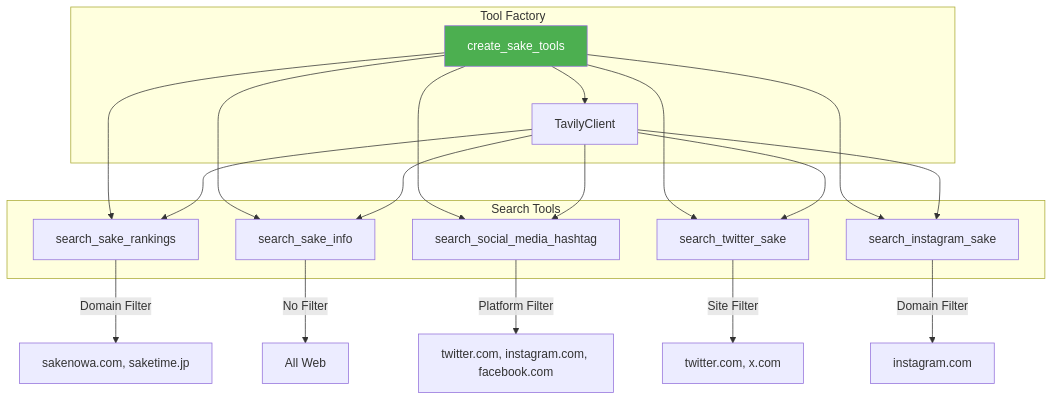
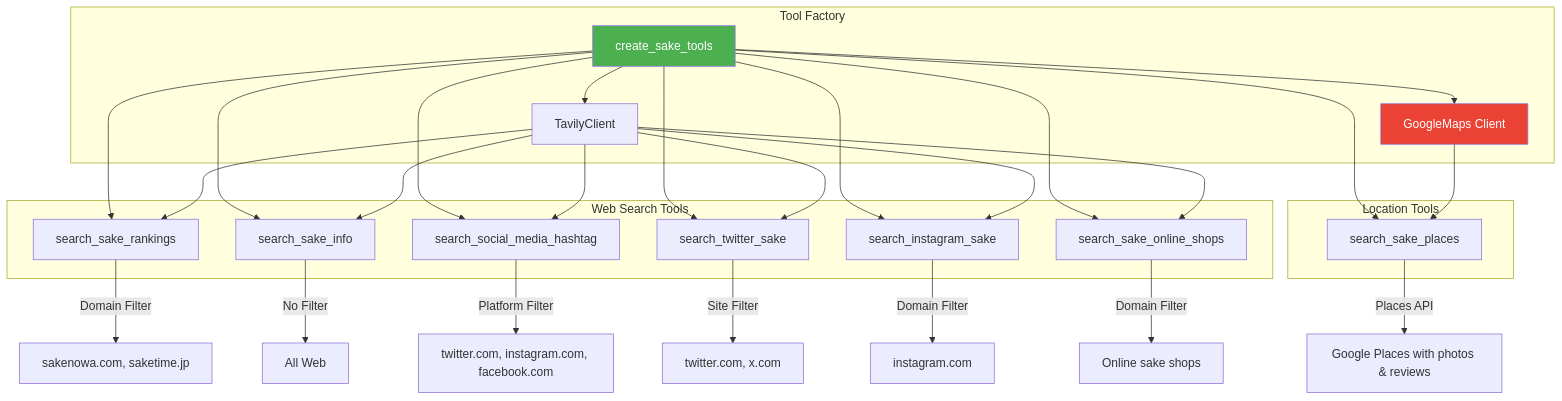
One commit to riko-py-mk/japan_sake_guide_app changed the fourth of 13 diagrams in SYSTEM_DIAGRAM.md. Above: the diagram before and after it, drawn with Mermaid. The commit also changed other lines of this file and 1 other file, not shown here.

First line of the commit message:
Update README and system architecture documentation

````diff
--- a/SYSTEM_DIAGRAM.md
+++ b/SYSTEM_DIAGRAM.md
@@ -153,27 +162,38 @@
 ```mermaid
 graph TB
     subgraph "Tool Factory"
         FACTORY[create_sake_tools]
-        CLIENT[TavilyClient]
+        TCLIENT[TavilyClient]
+        GCLIENT[GoogleMaps Client]
     end
 
-    subgraph "Search Tools"
+    subgraph "Web Search Tools"
         RANK[search_sake_rankings]
         INFO[search_sake_info]
         SOCIAL[search_social_media_hashtag]
         TWITTER[search_twitter_sake]
         INSTA[search_instagram_sake]
+        SHOP[search_sake_online_shops]
     end
 
-    FACTORY --> CLIENT
-    FACTORY --> RANK & INFO & SOCIAL & TWITTER & INSTA
-    CLIENT --> RANK & INFO & SOCIAL & TWITTER & INSTA
+    subgraph "Location Tools"
+        PLACES[search_sake_places]
+    end
+
+    FACTORY --> TCLIENT
+    FACTORY --> GCLIENT
+    FACTORY --> RANK & INFO & SOCIAL & TWITTER & INSTA & SHOP & PLACES
+    TCLIENT --> RANK & INFO & SOCIAL & TWITTER & INSTA & SHOP
+    GCLIENT --> PLACES
 
     RANK --> |Domain Filter| SOURCES1[sakenowa.com, saketime.jp]
     INFO --> |No Filter| SOURCES2[All Web]
     SOCIAL --> |Platform Filter| SOURCES3[twitter.com, instagram.com, facebook.com]
     TWITTER --> |Site Filter| SOURCES4[twitter.com, x.com]
     INSTA --> |Domain Filter| SOURCES5[instagram.com]
+    SHOP --> |Domain Filter| SOURCES6[Online sake shops]
+    PLACES --> |Places API| SOURCES7[Google Places with photos & reviews]
 
     style FACTORY fill:#4CAF50,color:#fff
+    style GCLIENT fill:#ea4335,color:#fff
 ```
````
